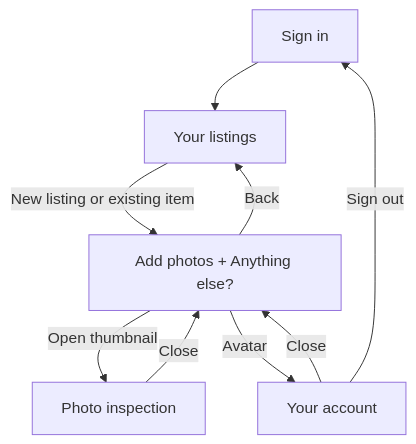
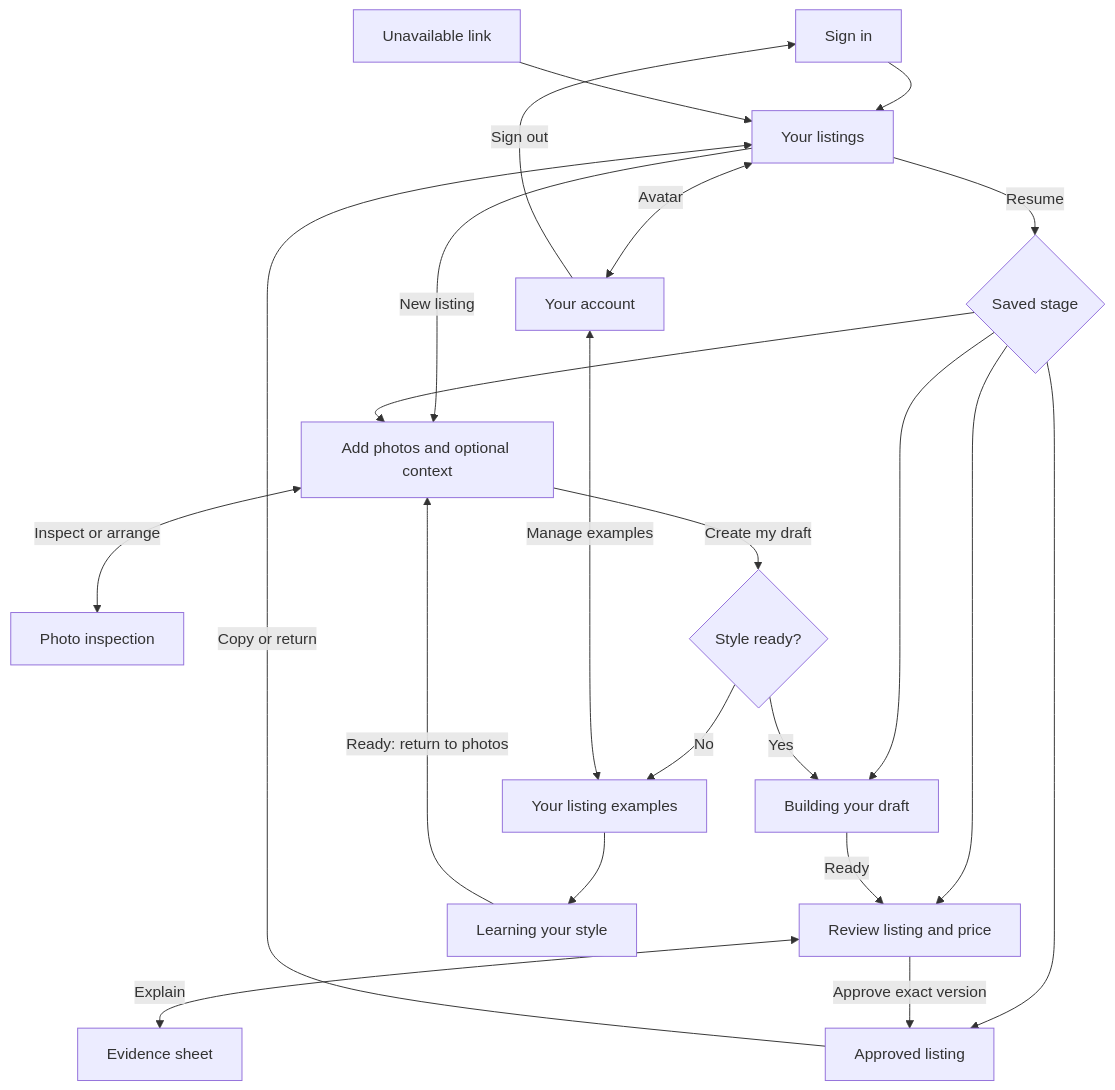
The diagram in UX_DESIGN.md (anicolao/vintage), drawn with Mermaid before and after one commit. The commit also changed other lines of this file and 32 other files, not shown here.

Commit message:
Design complete Vintage flow with generated concepts

````diff
--- a/UX_DESIGN.md
+++ b/UX_DESIGN.md
@@ -36,11 +19,24 @@
 ```mermaid
 flowchart TD
-  SignIn[Sign in] --> Listings[Your listings]
-  Listings -->|New listing or existing item| Photos[Add photos + Anything else?]
-  Photos -->|Back| Listings
-  Photos -->|Open thumbnail| Inspection[Photo inspection]
-  Inspection -->|Close| Photos
-  Photos -->|Avatar| Account[Your account]
-  Account -->|Close| Photos
-  Account -->|Sign out| SignIn
+    SignIn[Sign in] --> Listings[Your listings]
+    Listings -->|New listing| Photos[Add photos and optional context]
+    Listings -->|Resume| Resume{Saved stage}
+    Resume --> Photos
+    Resume --> Build[Building your draft]
+    Resume --> Review[Review listing and price]
+    Resume --> Approved[Approved listing]
+    Photos <-->|Inspect or arrange| Inspect[Photo inspection]
+    Photos -->|Create my draft| Style{Style ready?}
+    Style -->|Yes| Build
+    Style -->|No| Examples[Your listing examples]
+    Examples --> Learn[Learning your style]
+    Learn -->|Ready: return to photos| Photos
+    Build -->|Ready| Review
+    Review <-->|Explain| Evidence[Evidence sheet]
+    Review -->|Approve exact version| Approved
+    Approved -->|Copy or return| Listings
+    Listings <-->|Avatar| Account[Your account]
+    Account <-->|Manage examples| Examples
+    Account -->|Sign out| SignIn
+    Recovery[Unavailable link] --> Listings
 ```
````
